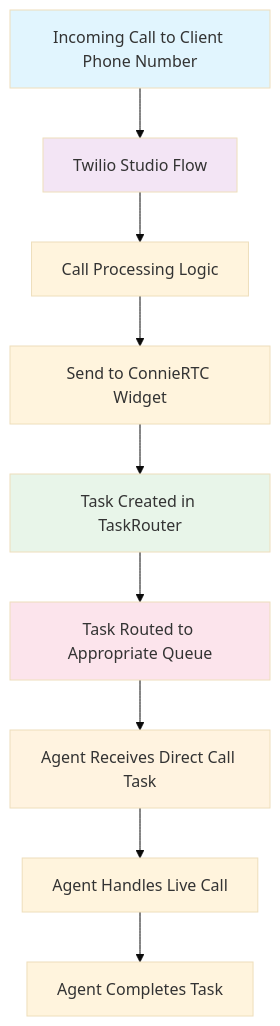
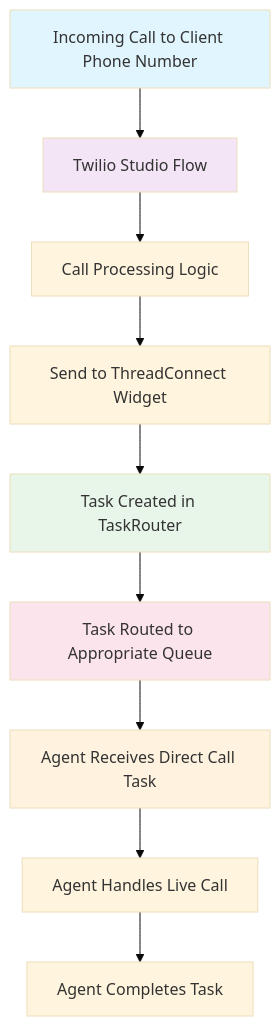
The second of 2 diagrams in docs/techops/feature-deployment/feature-management/channels/voice/voice-direct-architecture.md (ConnieML/docs.connie), drawn with Mermaid (base theme) before and after one commit. The commit also changed other lines of this file and 129 other files, not shown here.

First line of the commit message:
Rebrand ConnieRTC -> ThreadConnect across docs (CEO approval 2026-10-30, round 2)

````diff
--- a/docs/techops/feature-deployment/feature-management/channels/voice/voice-direct-architecture.md
+++ b/docs/techops/feature-deployment/feature-management/channels/voice/voice-direct-architecture.md
@@ -69,17 +69,17 @@
 ```mermaid
 flowchart TB
     A[Incoming Call to Client Phone Number] --> B[Twilio Studio Flow]
     B --> C[Call Processing Logic]
-    C --> D[Send to ConnieRTC Widget]
+    C --> D[Send to ThreadConnect Widget]
     D --> E[Task Created in TaskRouter]
     E --> F[Task Routed to Appropriate Queue]
     F --> G[Agent Receives Direct Call Task]
     G --> H[Agent Handles Live Call]
     H --> I[Agent Completes Task]
     
     style A fill:#e1f5fe
     style B fill:#f3e5f5
     style E fill:#e8f5e9
     style F fill:#fce4ec
     style G fill:#fff3e0
 ```
````
